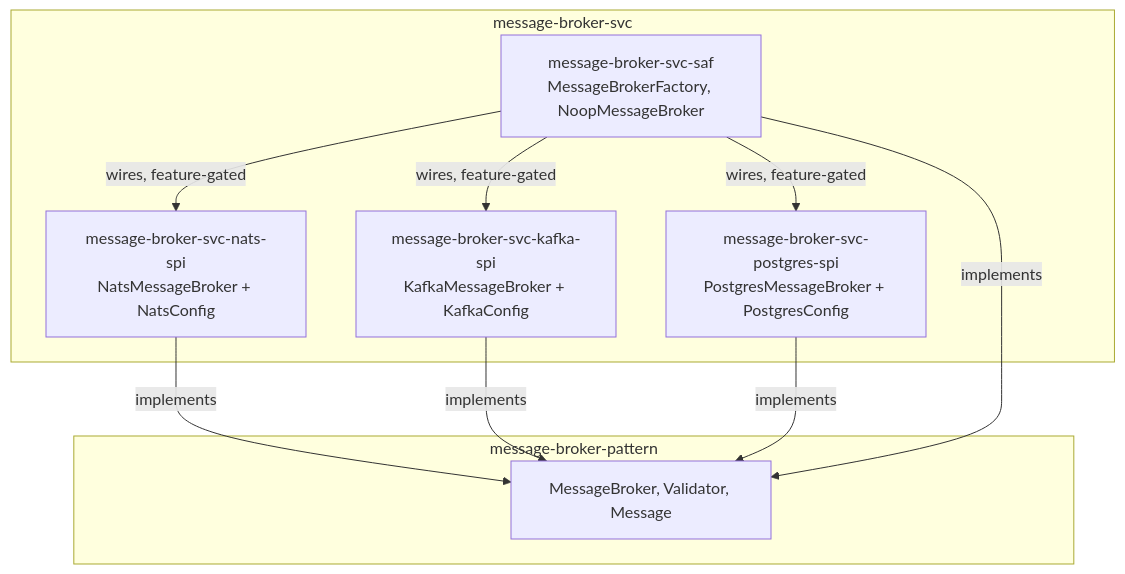
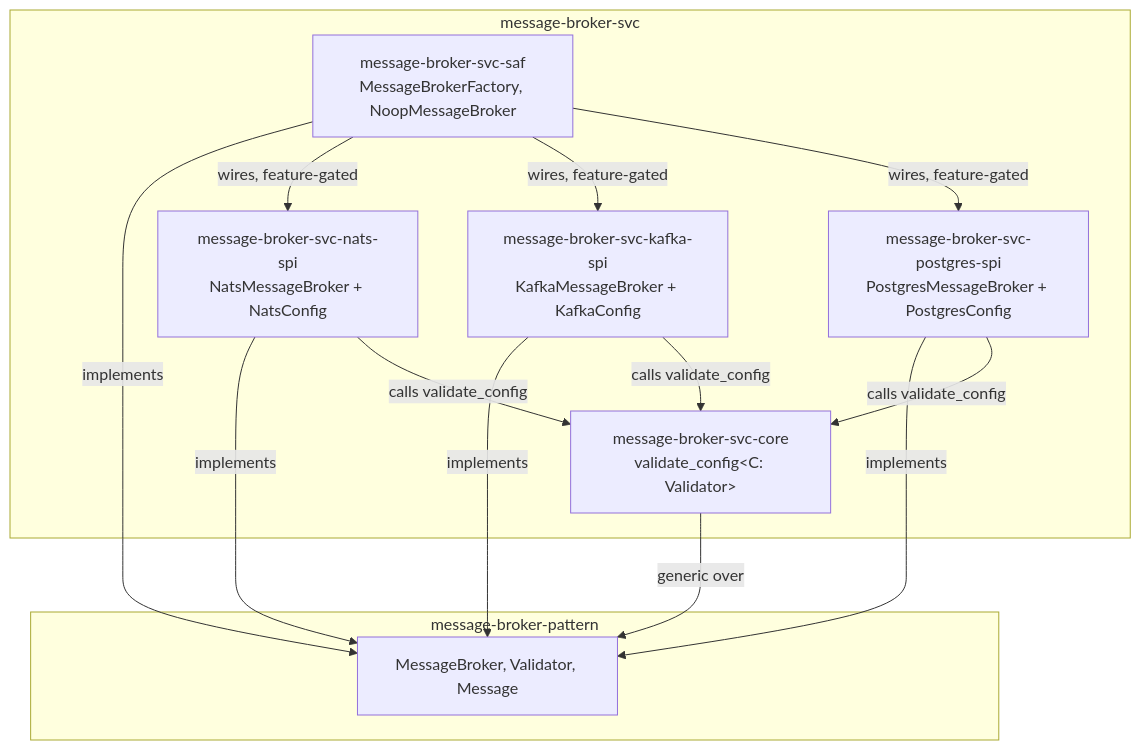
The diagram in docs/3-design/architecture.md (sweengineeringlabs/message-broker-svc), drawn with Mermaid before and after one commit. The commit also changed other lines of this file and 16 other files, not shown here.

````diff
--- a/docs/3-design/architecture.md
+++ b/docs/3-design/architecture.md
@@ -56,22 +84,28 @@
 ```mermaid
 flowchart TD
     subgraph pattern["message-broker-pattern"]
         contract["MessageBroker, Validator, Message"]
     end
 
     subgraph svc["message-broker-svc"]
+        core["message-broker-svc-core<br/>validate_config&lt;C: Validator&gt;"]
         saf["message-broker-svc-saf<br/>MessageBrokerFactory, NoopMessageBroker"]
         nats["message-broker-svc-nats-spi<br/>NatsMessageBroker + NatsConfig"]
         kafka["message-broker-svc-kafka-spi<br/>KafkaMessageBroker + KafkaConfig"]
         postgres["message-broker-svc-postgres-spi<br/>PostgresMessageBroker + PostgresConfig"]
 
         nats -->|implements| contract
         kafka -->|implements| contract
         postgres -->|implements| contract
         saf -->|implements| contract
+        core -->|generic over| contract
+
+        nats -->|calls validate_config| core
+        kafka -->|calls validate_config| core
+        postgres -->|calls validate_config| core
 
         saf -->|wires, feature-gated| nats
         saf -->|wires, feature-gated| kafka
         saf -->|wires, feature-gated| postgres
     end
 ```
````
